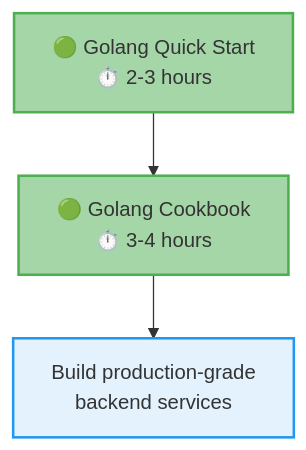
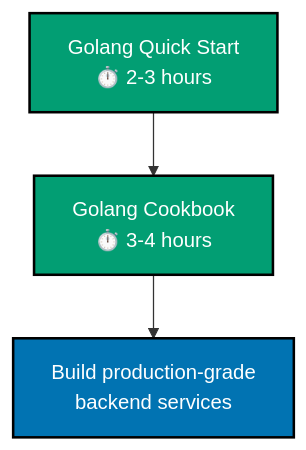
Before and after one commit to wahidyankf/open-sharia-enterprise: the fifth of 5 diagrams in docs/tutorials/README.md, drawn with Mermaid. The commit also changed other lines of this file and 22 other files, not shown here.

First line of the commit message:
docs(diagrams): ensure all mermaid diagrams use color-blind friendly palette

````diff
--- a/docs/tutorials/README.md
+++ b/docs/tutorials/README.md
@@ -219,12 +234,12 @@
 ```mermaid
 graph TB
-	A[🟢 Golang Quick Start<br/>⏱️ 2-3 hours]
-	B[🟢 Golang Cookbook<br/>⏱️ 3-4 hours]
+	A[Golang Quick Start<br/>⏱️ 2-3 hours]
+	B[Golang Cookbook<br/>⏱️ 3-4 hours]
 	C[Build production-grade<br/>backend services]
 
 	A --> B --> C
 
-	style A fill:#a5d6a7,stroke:#4caf50,stroke-width:2px
-	style B fill:#a5d6a7,stroke:#4caf50,stroke-width:2px
-	style C fill:#e3f2fd,stroke:#2196f3,stroke-width:2px
+	style A fill:#029E73,stroke:#000000,color:#FFFFFF,stroke-width:2px
+	style B fill:#029E73,stroke:#000000,color:#FFFFFF,stroke-width:2px
+	style C fill:#0173B2,stroke:#000000,color:#FFFFFF,stroke-width:2px
 ```
````
